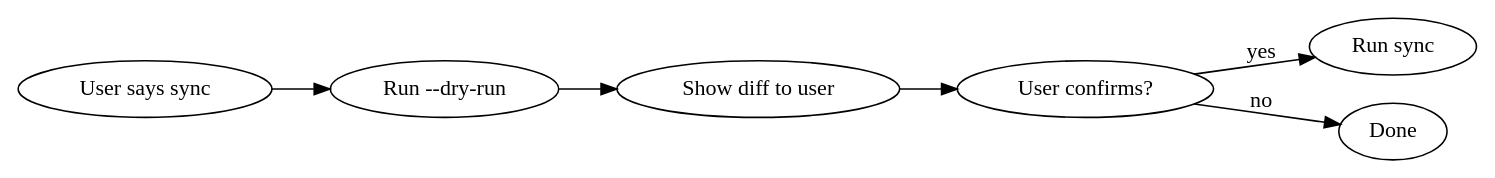
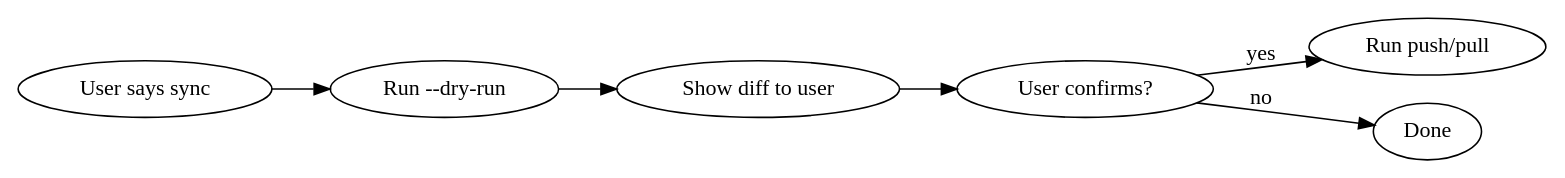
Before and after one commit to Mixiaomiupup/claude-skills: the diagram in sync-config/SKILL.md, drawn with Graphviz. The commit also changed other lines of this file and 2 other files, not shown here.

First line of the commit message:
sync: skills sync 2026-02-23 01:14

````diff
--- a/sync-config/SKILL.md
+++ b/sync-config/SKILL.md
@@ -23,10 +51,10 @@
 ```dot
 digraph sync_flow {
     rankdir=LR;
     "User says sync" -> "Run --dry-run";
     "Run --dry-run" -> "Show diff to user";
     "Show diff to user" -> "User confirms?" [shape=diamond];
-    "User confirms?" -> "Run sync" [label="yes"];
+    "User confirms?" -> "Run push/pull" [label="yes"];
     "User confirms?" -> "Done" [label="no"];
 }
 ```
````
